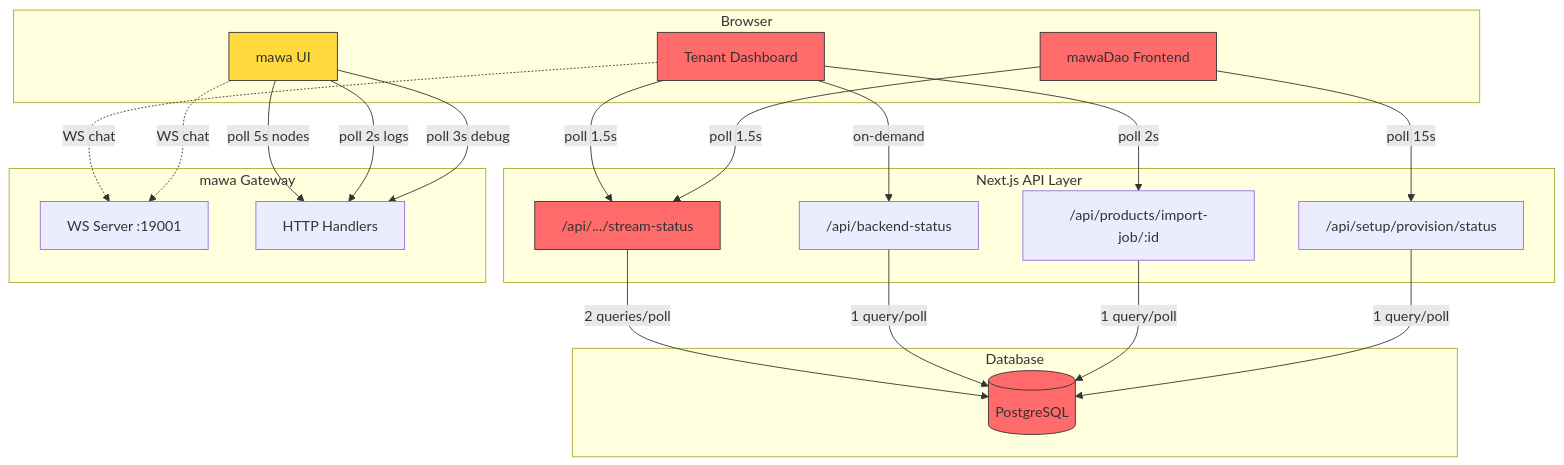
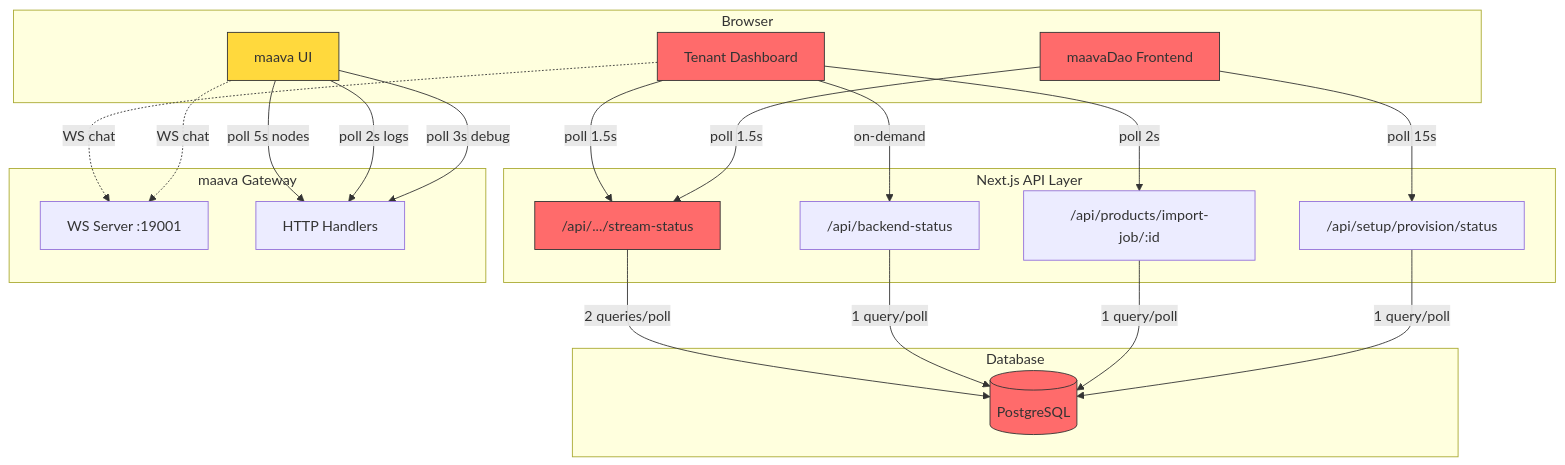
One commit to maavadao/maava changed the first of 4 diagrams in docs/REALTIME_ARCHITECTURE.md. Above: the diagram before and after it, drawn with Mermaid. The commit also changed other lines of this file and 94 other files, not shown here.

First line of the commit message:
Rename mawaDao to maavaDao and mawa to maava

````diff
--- a/docs/REALTIME_ARCHITECTURE.md
+++ b/docs/REALTIME_ARCHITECTURE.md
@@ -197,47 +197,47 @@
 ```mermaid
 graph TB
     subgraph "Browser"
         TD[Tenant Dashboard]
-        BF[mawaDao Frontend]
-        OC[mawa UI]
+        BF[maavaDao Frontend]
+        OC[maava UI]
     end
 
     subgraph "Next.js API Layer"
         API_SS["/api/.../stream-status"]
         API_BS["/api/backend-status"]
         API_IJ["/api/products/import-job/:id"]
         API_PS["/api/setup/provision/status"]
     end
 
-    subgraph "mawa Gateway"
+    subgraph "maava Gateway"
         GW_WS["WS Server :19001"]
         GW_HTTP["HTTP Handlers"]
     end
 
     subgraph "Database"
         PG[(PostgreSQL)]
     end
 
     TD -->|"poll 1.5s"| API_SS
     TD -->|"poll 2s"| API_IJ
     TD -->|"on-demand"| API_BS
     BF -->|"poll 1.5s"| API_SS
     BF -->|"poll 15s"| API_PS
     OC -->|"poll 5s nodes"| GW_HTTP
     OC -->|"poll 2s logs"| GW_HTTP
     OC -->|"poll 3s debug"| GW_HTTP
 
     API_SS -->|"2 queries/poll"| PG
     API_BS -->|"1 query/poll"| PG
     API_IJ -->|"1 query/poll"| PG
     API_PS -->|"1 query/poll"| PG
 
     TD -.->|"WS chat"| GW_WS
     OC -.->|"WS chat"| GW_WS
 
     style TD fill:#ff6b6b,stroke:#333
     style BF fill:#ff6b6b,stroke:#333
     style OC fill:#ffd93d,stroke:#333
     style API_SS fill:#ff6b6b,stroke:#333
     style PG fill:#ff6b6b,stroke:#333
 ```
````
